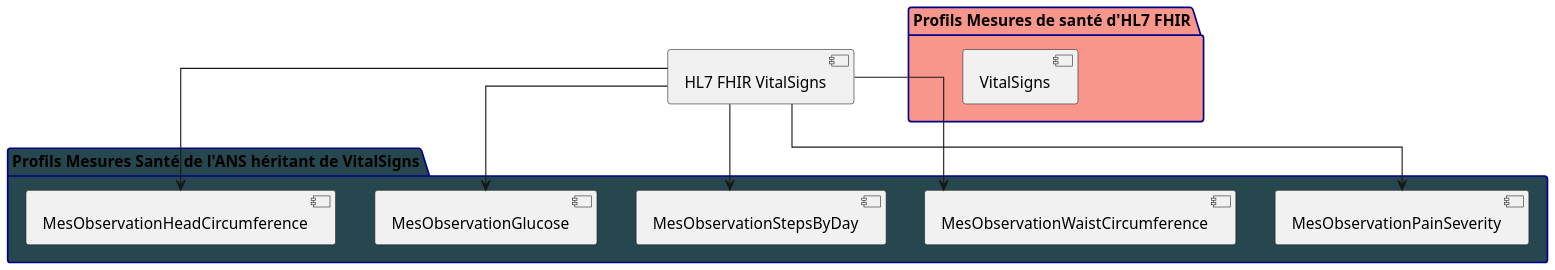
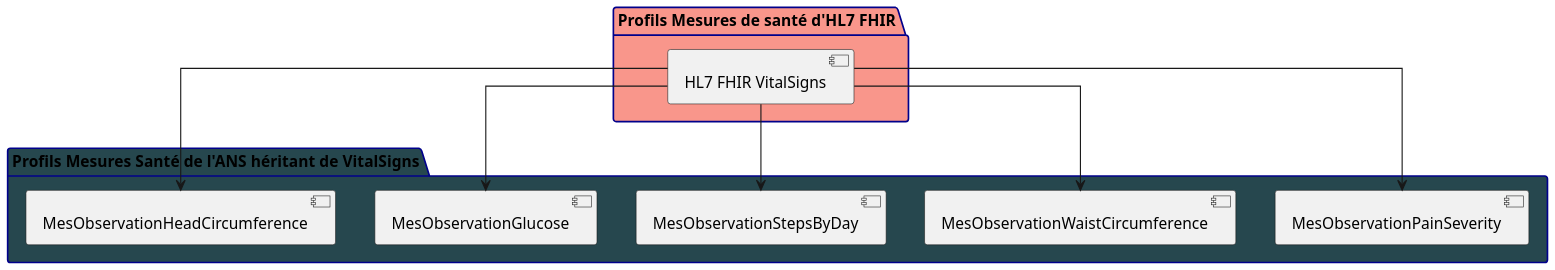
Before and after one commit to ansforge/IG-fhir-mesures-de-sante: the diagram in input/images-source/vs-overview-2.plantuml, drawn with PlantUML.

Commit message:
update vs

```diff
--- a/input/images-source/vs-overview-2.plantuml
+++ b/input/images-source/vs-overview-2.plantuml
@@ -1,29 +1,29 @@
 @startuml
 
 skinparam linetype ortho
 skinparam dpi 150
 skinparam boxPadding 10
 skinparam shadowing false
 skinparam packageBackgroundColor LightBlue
 skinparam packageBorderColor DarkBlue
 
 package "Profils Mesures de santé d'HL7 FHIR" as HL7 #F9968B {
-    [VitalSigns]
+    [HL7 FHIR VitalSigns]
 }
 
 
 package "Profils Mesures Santé de l'ANS héritant de VitalSigns" as PMSB #26474E {
     [MesObservationPainSeverity]
     [MesObservationWaistCircumference]
     [MesObservationStepsByDay]
     [MesObservationGlucose]
     [MesObservationHeadCircumference]
 }
 
 [HL7 FHIR VitalSigns] --> [MesObservationPainSeverity]
 [HL7 FHIR VitalSigns] --> [MesObservationWaistCircumference]
 [HL7 FHIR VitalSigns] --> [MesObservationStepsByDay]
 [HL7 FHIR VitalSigns] --> [MesObservationGlucose]
 [HL7 FHIR VitalSigns] --> [MesObservationHeadCircumference]
 
 @enduml
```
